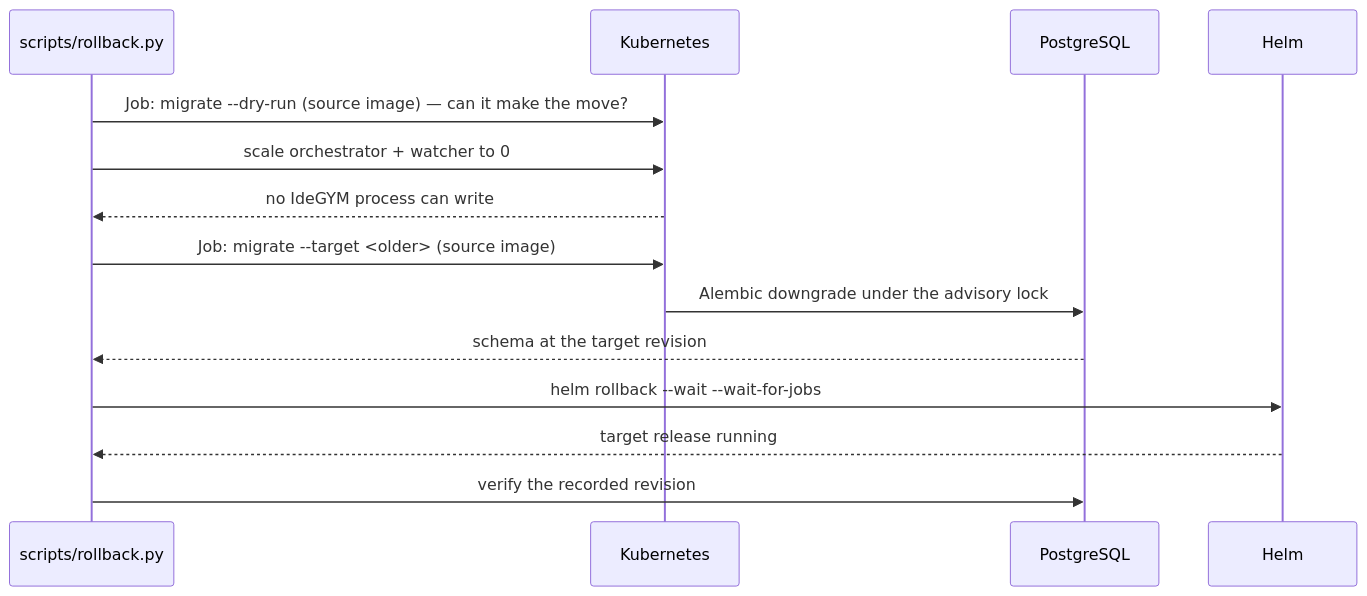
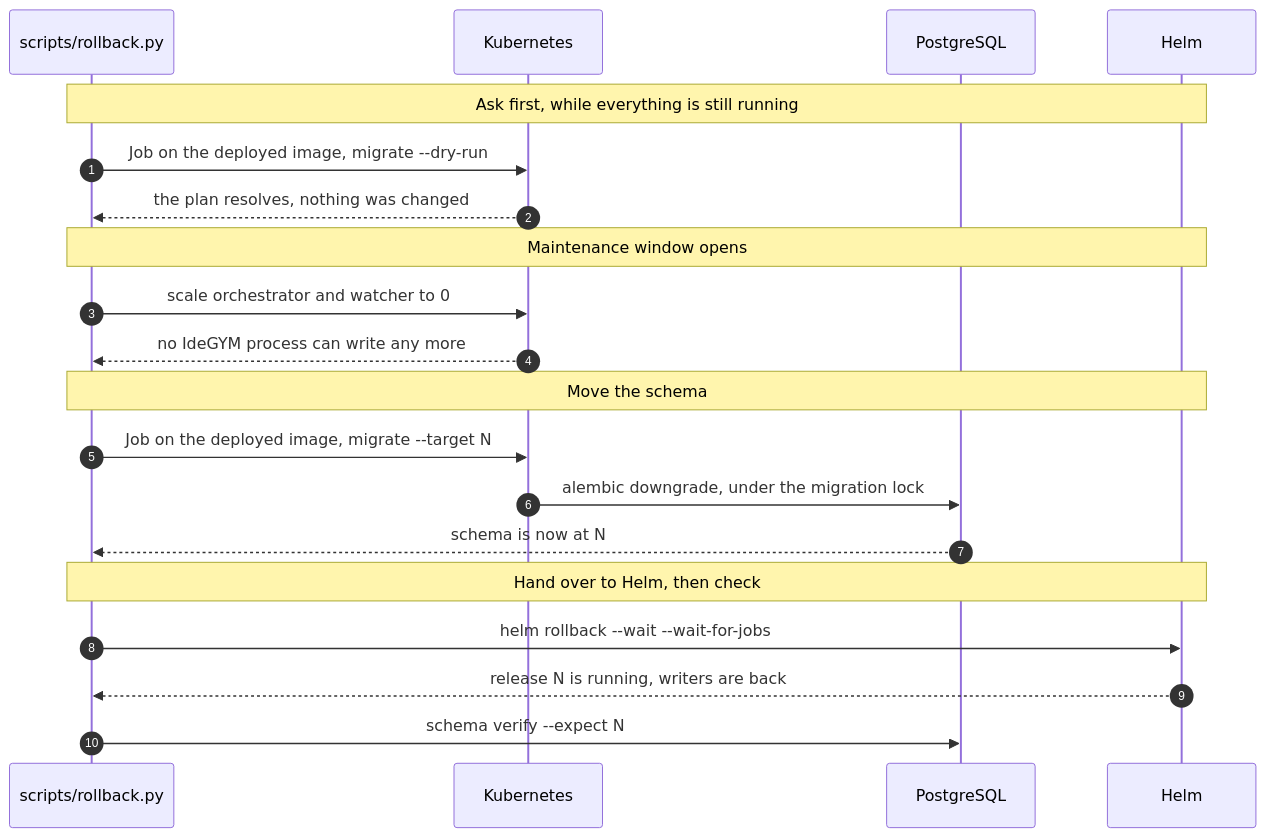
One commit to JetBrains-Research/idegym changed the second of 2 diagrams in website/docs/reference/database_rollback.md. Above: the diagram before and after it, drawn with Mermaid. The commit also changed other lines of this file and 3 other files, not shown here.

````diff
--- a/website/docs/reference/database_rollback.md
+++ b/website/docs/reference/database_rollback.md
@@ -86,17 +92,26 @@
 ```mermaid
 sequenceDiagram
+    autonumber
     participant Op as scripts/rollback.py
     participant K as Kubernetes
     participant DB as PostgreSQL
     participant H as Helm
 
-    Op->>K: Job: migrate --dry-run (source image) — can it make the move?
-    Op->>K: scale orchestrator + watcher to 0
-    K-->>Op: no IdeGYM process can write
-    Op->>K: Job: migrate --target <older> (source image)
-    K->>DB: Alembic downgrade under the advisory lock
-    DB-->>Op: schema at the target revision
+    Note over Op,H: Ask first, while everything is still running
+    Op->>K: Job on the deployed image, migrate --dry-run
+    K-->>Op: the plan resolves, nothing was changed
+
+    Note over Op,H: Maintenance window opens
+    Op->>K: scale orchestrator and watcher to 0
+    K-->>Op: no IdeGYM process can write any more
+
+    Note over Op,H: Move the schema
+    Op->>K: Job on the deployed image, migrate --target N
+    K->>DB: alembic downgrade, under the migration lock
+    DB-->>Op: schema is now at N
+
+    Note over Op,H: Hand over to Helm, then check
     Op->>H: helm rollback --wait --wait-for-jobs
-    H-->>Op: target release running
-    Op->>DB: verify the recorded revision
+    H-->>Op: release N is running, writers are back
+    Op->>DB: schema verify --expect N
 ```
````
